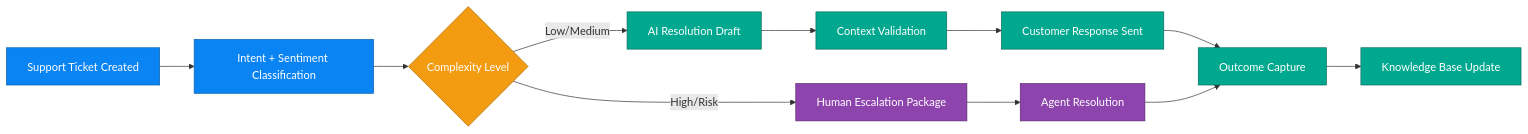
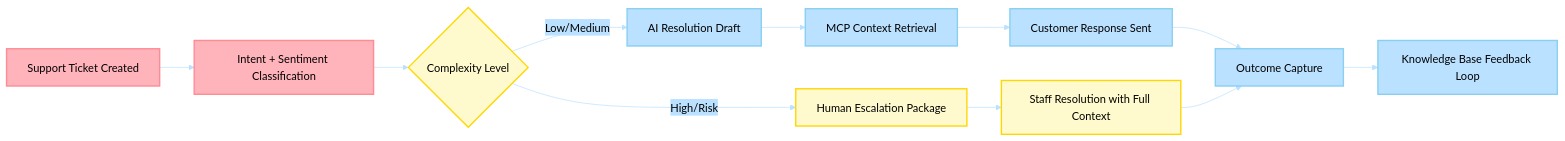
Before and after one commit to Azure-Samples/holiday-peak-hub: the diagram in docs/business_scenarios/08-customer-support-resolution/README.md, drawn with Mermaid. The commit also changed other lines of this file and 112 other files, not shown here.

````diff
--- a/docs/business_scenarios/08-customer-support-resolution/README.md
+++ b/docs/business_scenarios/08-customer-support-resolution/README.md
@@ -42,22 +41,29 @@
 ```mermaid
+%%{init: {'theme':'base', 'themeVariables': {
+  'primaryColor':'#FFB3BA',
+  'primaryTextColor':'#000',
+  'primaryBorderColor':'#FF8B94',
+  'lineColor':'#BAE1FF',
+  'secondaryColor':'#BAE1FF',
+  'tertiaryColor':'#FFFFFF'
+}}}%%
 flowchart LR
    A[Support Ticket Created] --> B[Intent + Sentiment Classification]
    B --> C{Complexity Level}
    C -->|Low/Medium| D[AI Resolution Draft]
-   D --> E[Context Validation]
+   D --> E[MCP Context Retrieval]
    E --> F[Customer Response Sent]
    C -->|High/Risk| G[Human Escalation Package]
-   G --> H[Agent Resolution]
+   G --> H[Staff Resolution with Full Context]
    F --> I[Outcome Capture]
    H --> I
-   I --> J[Knowledge Base Update]
+   I --> J[Knowledge Base Feedback Loop]
 
-   classDef a fill:#0B84F3,color:#fff,stroke:#085ea8
-   classDef b fill:#00A88F,color:#fff,stroke:#0b6e5f
-   classDef c fill:#F39C12,color:#fff,stroke:#af6f0c
-   classDef d fill:#8E44AD,color:#fff,stroke:#5b2a70
-   class A,B a
-   class D,E,F,I,J b
-   class C c
-   class G,H d
+   classDef primary fill:#FFB3BA,stroke:#FF8B94,stroke-width:2px,color:#000
+   classDef secondary fill:#BAE1FF,stroke:#89CFF0,stroke-width:2px,color:#000
+   classDef alert fill:#FFFACD,stroke:#FFD700,stroke-width:2px,color:#000
+
+   class A,B primary
+   class D,E,F,I,J secondary
+   class C,G,H alert
 ```
````
